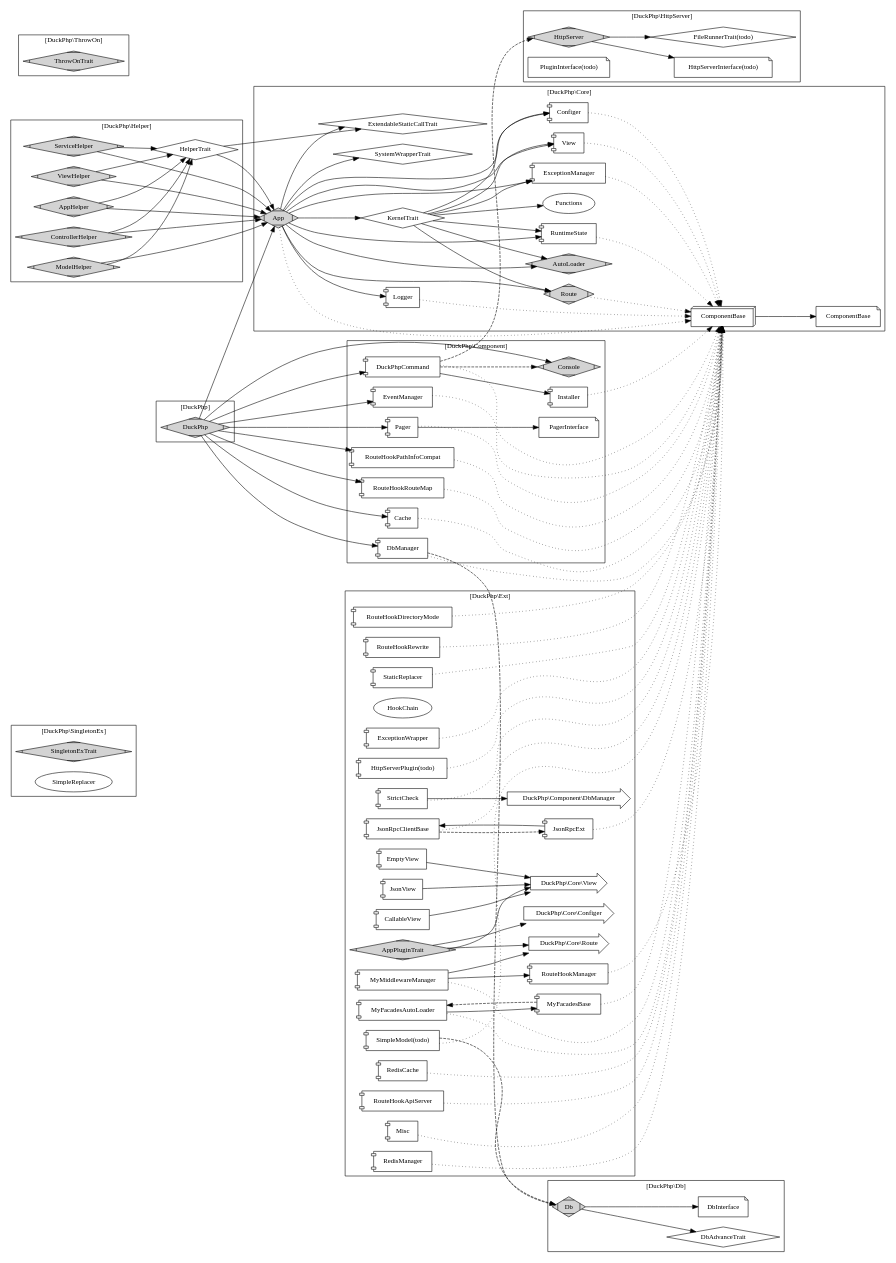
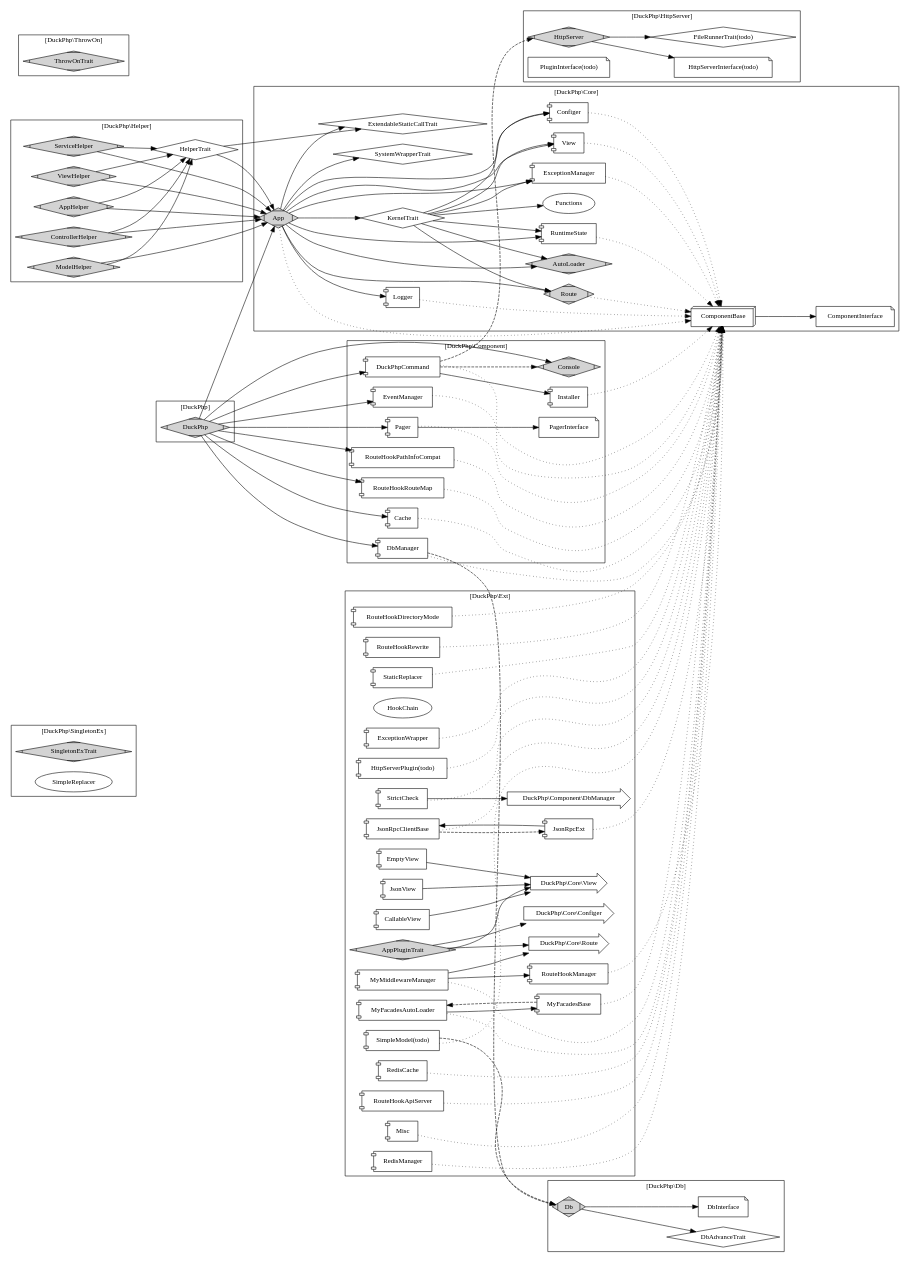
Before and after one commit to dvaknheo/duckphp: the diagram in docs/duckphp.gv, drawn with Graphviz. The commit also changed 6 other files, not shown here.

```diff
--- a/docs/duckphp.gv
+++ b/docs/duckphp.gv
@@ -27,7 +27,7 @@
 
     ExtendableStaticCallTrait [label="ExtendableStaticCallTrait";shape=diamond];
     
-    ComponentInterface [label="ComponentBase";shape=note];
+    ComponentInterface [label="ComponentInterface";shape=note];
     ComponentBase [label="ComponentBase";shape=box3d];
     Functions [label="Functions"];
 
```
